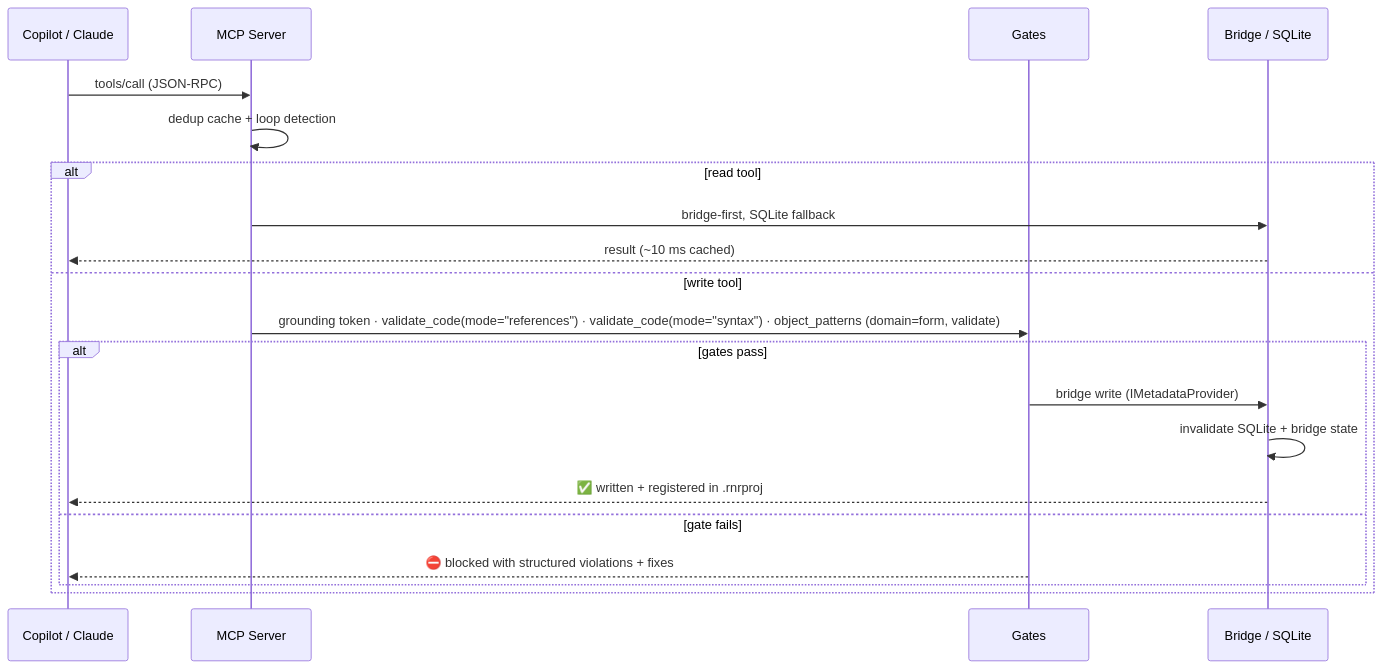
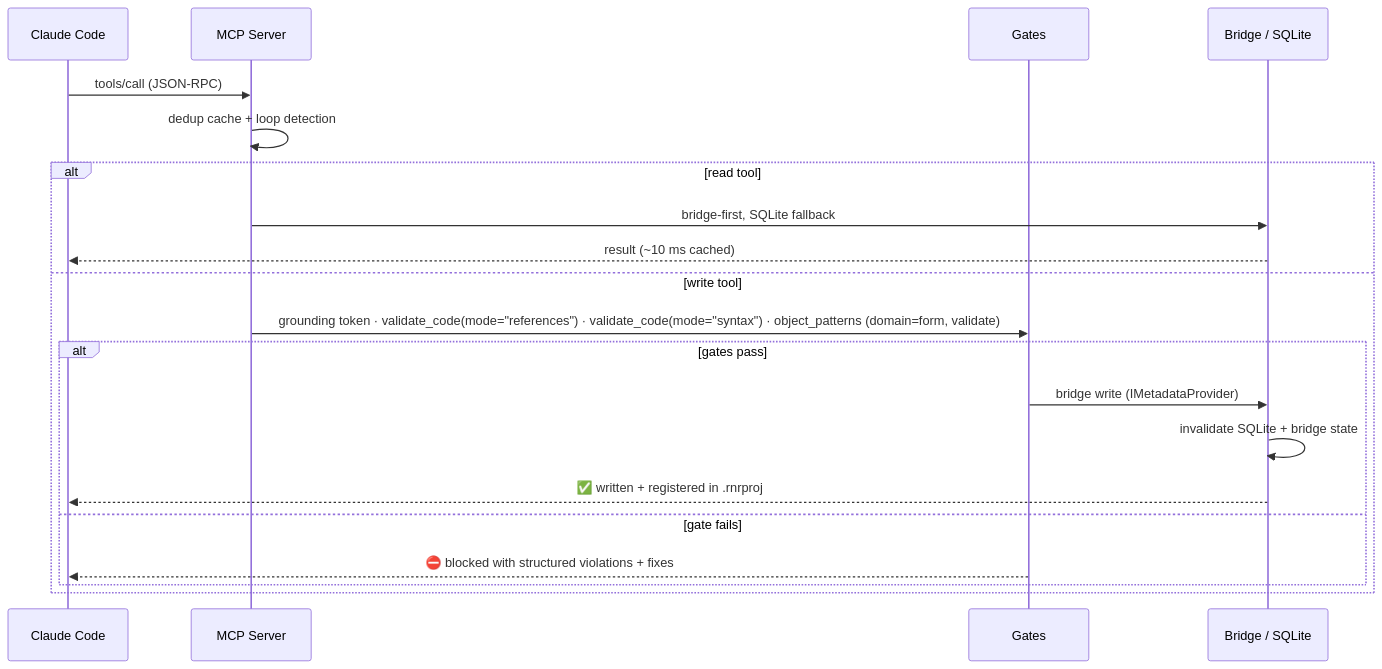
The second of 5 diagrams in docs/ARCHITECTURE.md (tfranczyk/d365fo-mcp-server), drawn with Mermaid before and after one commit. The commit also changed other lines of this file and 10 other files, not shown here.

First line of the commit message:
Docs: Claude Code only, point to the two root deployment guides, fix repo URLs

````diff
--- a/docs/ARCHITECTURE.md
+++ b/docs/ARCHITECTURE.md
@@ -54,23 +53,23 @@
 ```mermaid
 sequenceDiagram
-    participant IDE as Copilot / Claude
+    participant IDE as Claude Code
     participant SRV as MCP Server
     participant GATE as Gates
     participant SRC as Bridge / SQLite
 
     IDE->>SRV: tools/call (JSON-RPC)
     SRV->>SRV: dedup cache + loop detection
     alt read tool
         SRV->>SRC: bridge-first, SQLite fallback
         SRC-->>IDE: result (~10 ms cached)
     else write tool
         SRV->>GATE: grounding token · validate_code(mode="references") · validate_code(mode="syntax") · object_patterns (domain=form, validate)
         alt gates pass
             GATE->>SRC: bridge write (IMetadataProvider)
             SRC->>SRC: invalidate SQLite + bridge state
             SRC-->>IDE: ✅ written + registered in .rnrproj
         else gate fails
             GATE-->>IDE: ⛔ blocked with structured violations + fixes
         end
     end
 ```
````
